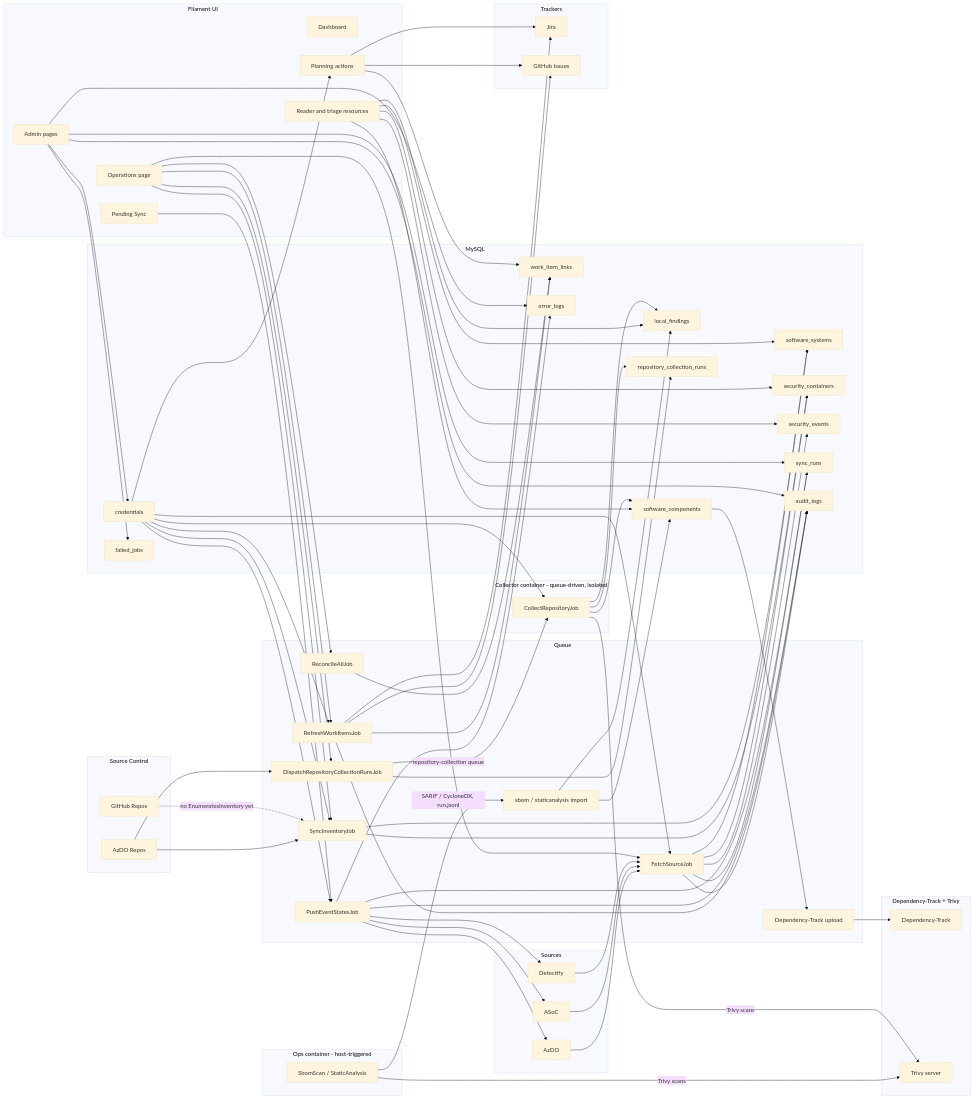
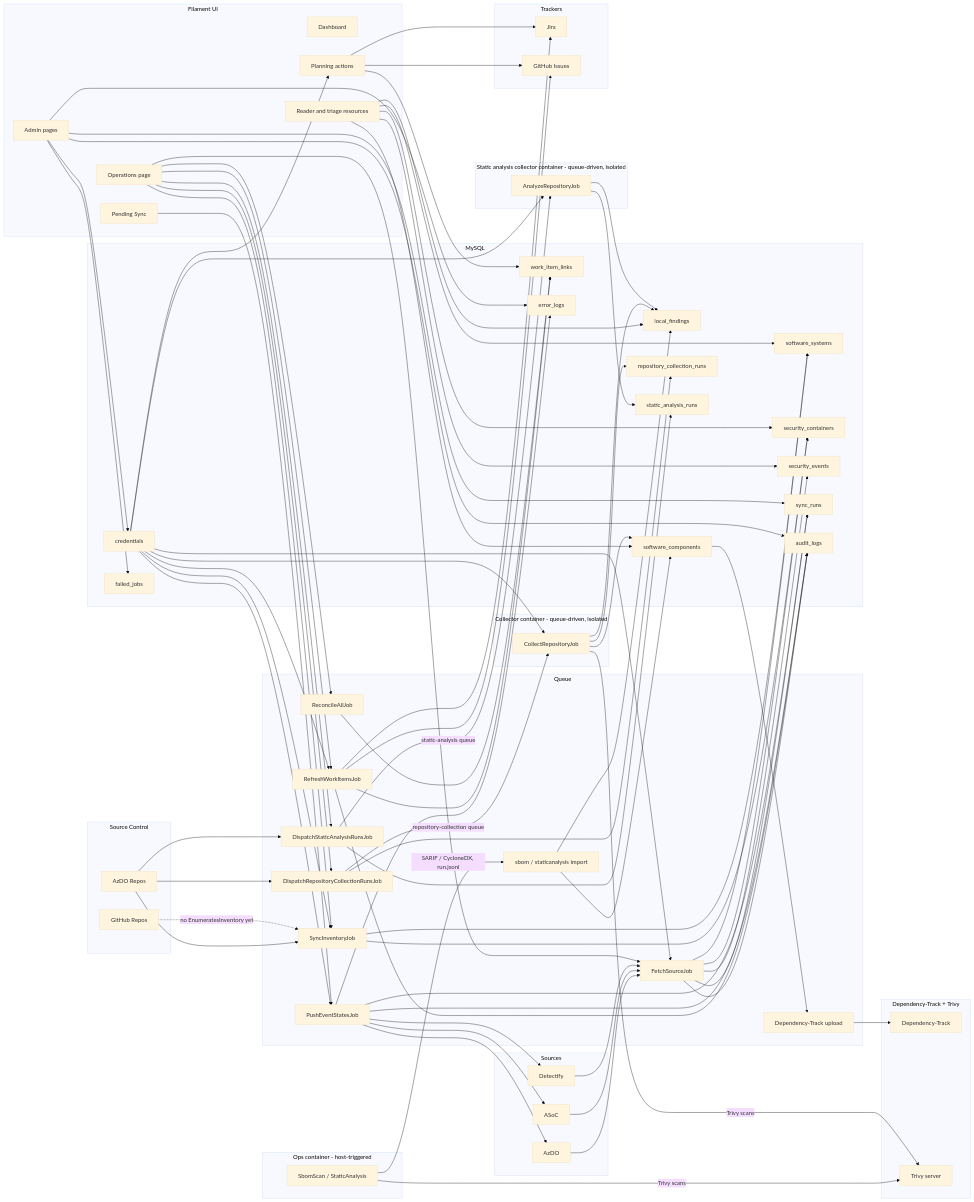
One commit to metanull/appsec-scout-2 changed the diagram in docs/architecture.md. Above: the diagram before and after it, drawn with Mermaid (base theme). The commit also changed other lines of this file and 6 other files, not shown here.

First line of the commit message:
Document static analysis collection (Epic #358 story #365)

````diff
--- a/docs/architecture.md
+++ b/docs/architecture.md
@@ -28,10 +28,15 @@
         SBOMIMP[sbom / staticanalysis import]
         DTPUSH[Dependency-Track upload]
         DISPATCHCOLLECT[DispatchRepositoryCollectionRunsJob]
+        DISPATCHANALYZE[DispatchStaticAnalysisRunsJob]
     end
 
     subgraph Collector[Collector container - queue-driven, isolated]
         COLLECTJOB[CollectRepositoryJob]
+    end
+
+    subgraph StaticAnalysisCollector[Static analysis collector container - queue-driven, isolated]
+        ANALYZEJOB[AnalyzeRepositoryJob]
     end
 
     subgraph AppDB[MySQL]
@@ -43,6 +48,7 @@
         LINKS[work_item_links]
         RUNS[sync_runs]
         RUNS2[repository_collection_runs]
+        RUNS3[static_analysis_runs]
         CREDS[credentials]
         AUD[audit_logs]
         ERR[error_logs]
@@ -77,6 +83,7 @@
     DET --> FETCH
     AZDOREPOS --> SYNCINV
     AZDOREPOS --> DISPATCHCOLLECT
+    AZDOREPOS --> DISPATCHANALYZE
     GHREPOS -.->|no EnumeratesInventory yet| SYNCINV
 
     OPSPAGE --> FETCH
@@ -84,6 +91,7 @@
     OPSPAGE --> SYNCINV
     OPSPAGE --> RECON
     OPSPAGE --> DISPATCHCOLLECT
+    OPSPAGE --> DISPATCHANALYZE
 
     FETCH --> SYS
     FETCH --> CONT
@@ -136,10 +144,16 @@
     COLLECTJOB --> SC
     COLLECTJOB --> RUNS2
 
+    DISPATCHANALYZE --> RUNS3
+    DISPATCHANALYZE -->|static-analysis queue| ANALYZEJOB
+    ANALYZEJOB --> LF
+    ANALYZEJOB --> RUNS3
+
     CREDS --> FETCH
     CREDS --> TRACK
     CREDS --> PLAN
     CREDS --> PUSH
     CREDS --> SYNCINV
     CREDS --> COLLECTJOB
+    CREDS --> ANALYZEJOB
 ```
````
